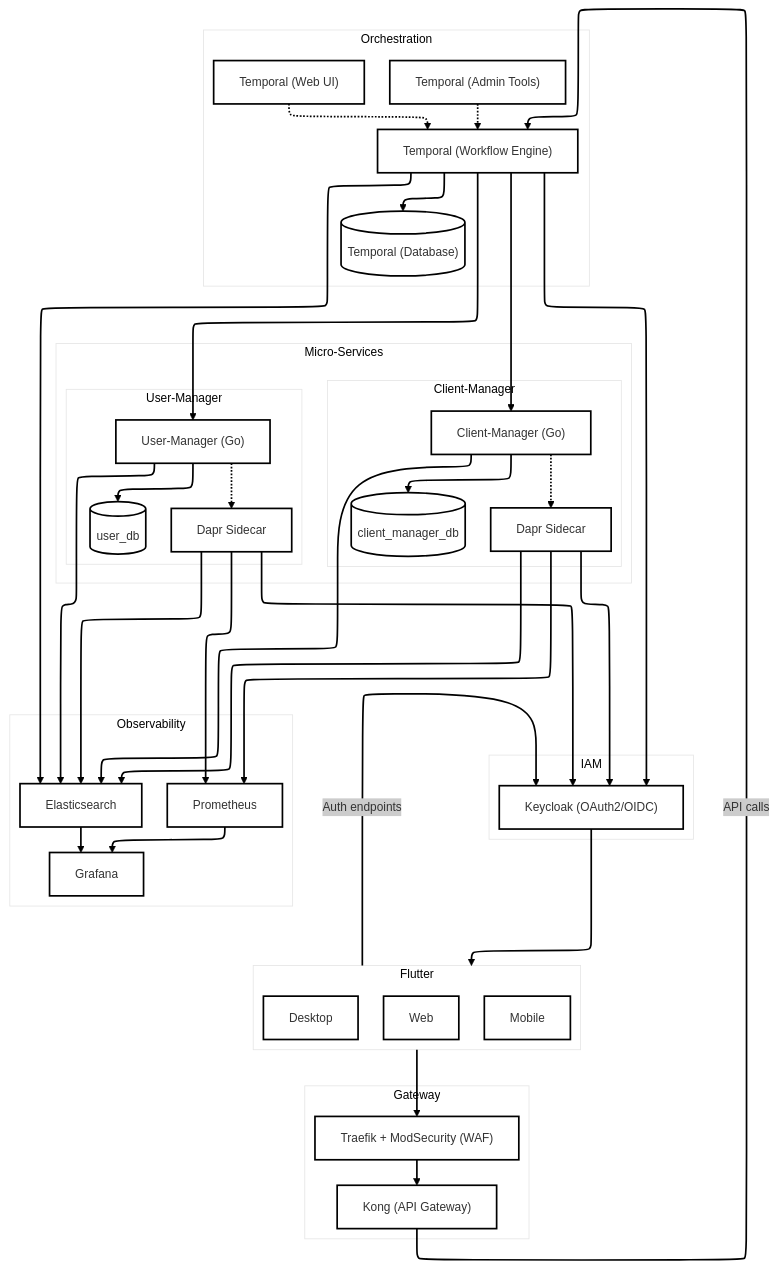
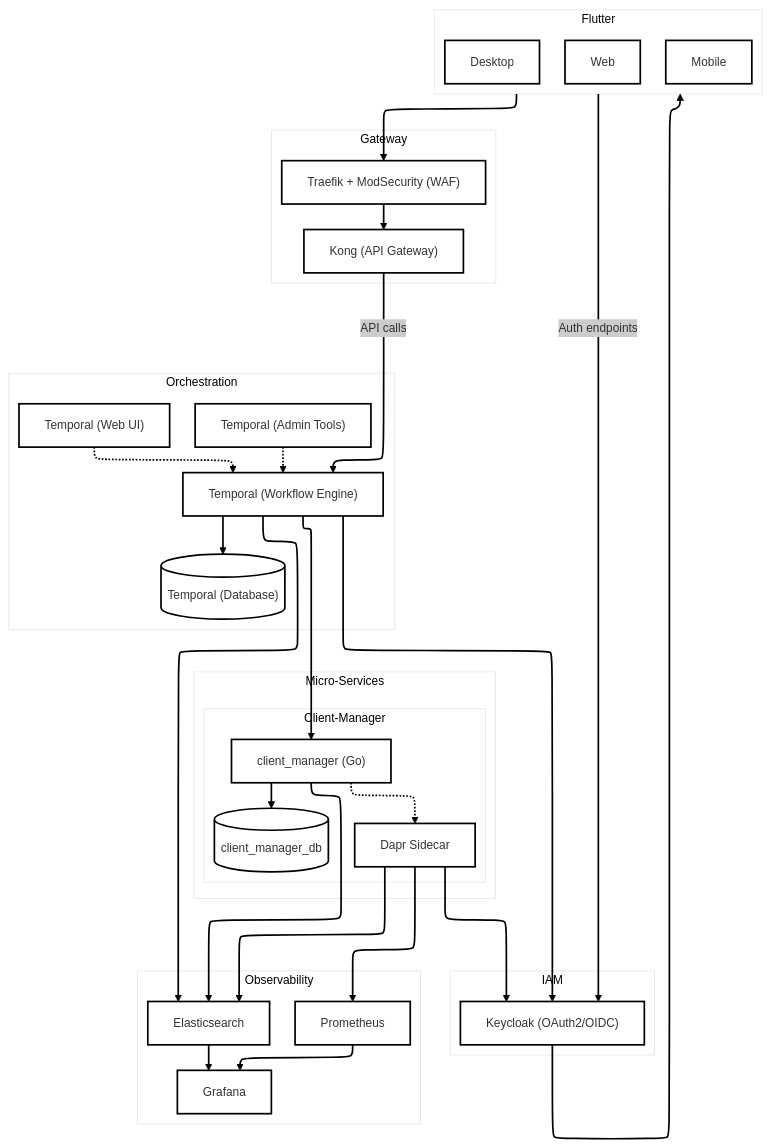
One commit to b-fontaine/saaster_kit changed the diagram in README.md. Above: the diagram before and after it, drawn with Mermaid. The commit also changed other lines of this file and 51 other files, not shown here.

Commit message:
fix(backend): remove user_manager and make client_manager great again

````diff
--- a/README.md
+++ b/README.md
@@ -33,59 +32,52 @@
 ```mermaid
 ---
 config:
   theme: neo
   layout: elk
 ---
 flowchart TD
    subgraph Flutter["Flutter"]
       A1["Web"]
       A2["Mobile"]
       A3["Desktop"]
    end
    subgraph IAM["IAM"]
       C["Keycloak (OAuth2/OIDC)"]
    end
    subgraph Gateway["Gateway"]
       B["Traefik + ModSecurity (WAF)"]
       K["Kong (API Gateway)"]
    end
    subgraph Orchestration["Orchestration"]
       direction TB
       D["Temporal (Workflow Engine)"]
       D1["Temporal (Admin Tools)"]
       D2["Temporal (Web UI)"]
       D3[("Temporal (Database)")]
    end
    subgraph Micro-Services
-      subgraph s1["User-Manager"]
-         UserManager["User-Manager (Go)"]
-         DB-UserManager[("user_db")]
+      subgraph s1["Client-Manager"]
+         ClientManager["client_manager (Go)"]
+         DB-ClientManager[("client_manager_db")]
          Dapr1["Dapr Sidecar"]
-      end
-      subgraph s2["Client-Manager"]
-         ClientManager["Client-Manager (Go)"]
-         DB-ClientManager[("client_manager_db")]
-         Dapr2["Dapr Sidecar"]
       end
    end
    subgraph s3["Observability"]
       G["Grafana"]
       P["Prometheus"]
       L["Elasticsearch"]
    end
    Orchestration & Micro-Services
    D ---> D3
    D1 -.-> D
    D2 -.-> D
    P --> G
    Flutter --> B
    C --> Flutter -->|Auth endpoints| C
    B --> K
    K -->|API calls| D
-   D --> C & UserManager & ClientManager & L
-   UserManager --> DB-UserManager & L
+   D --> C & ClientManager & L
    ClientManager --> DB-ClientManager & L
-   UserManager -.-> Dapr1 --> C & L & P
-   ClientManager -.-> Dapr2 --> C & L & P
+   ClientManager -.-> Dapr1 --> C & L & P
    L --> G
 ```
````
